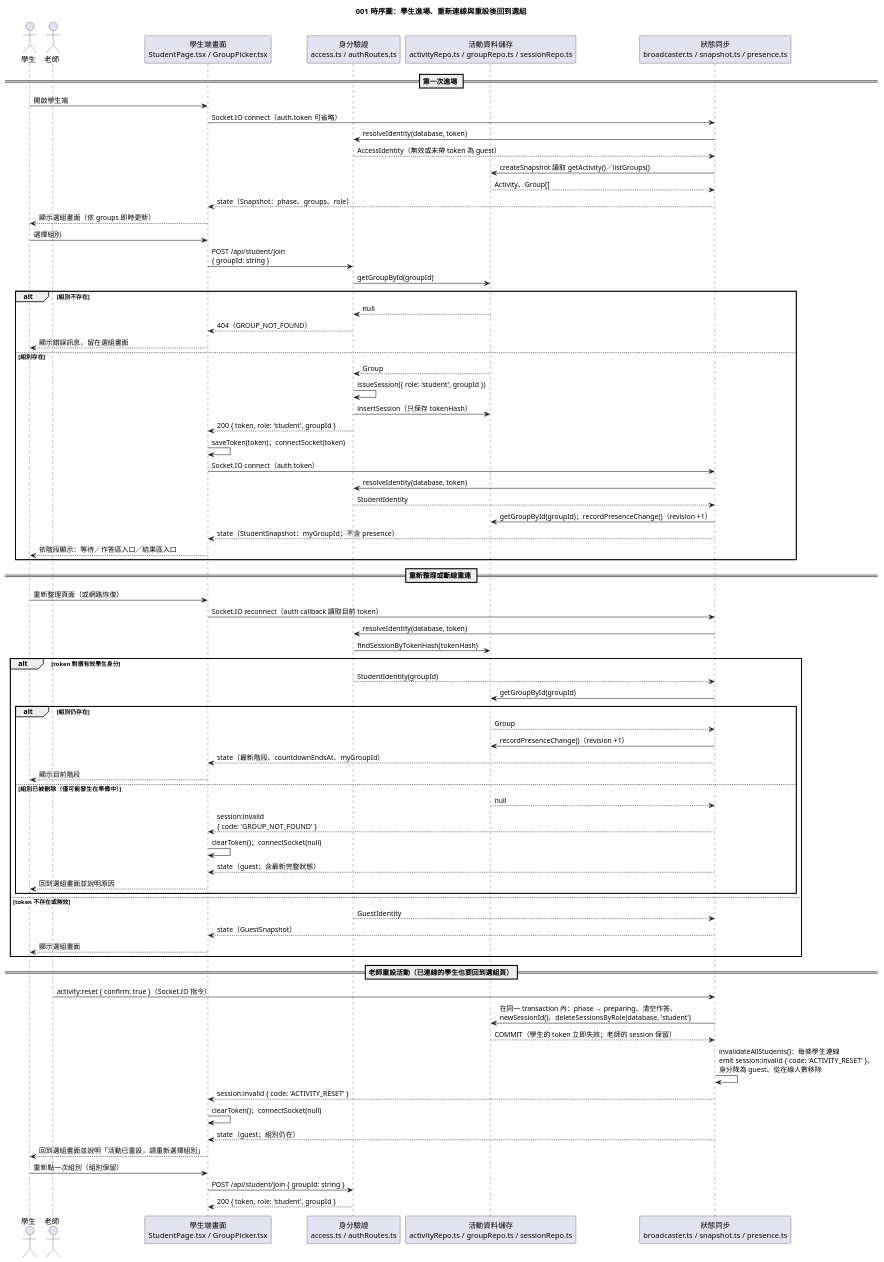
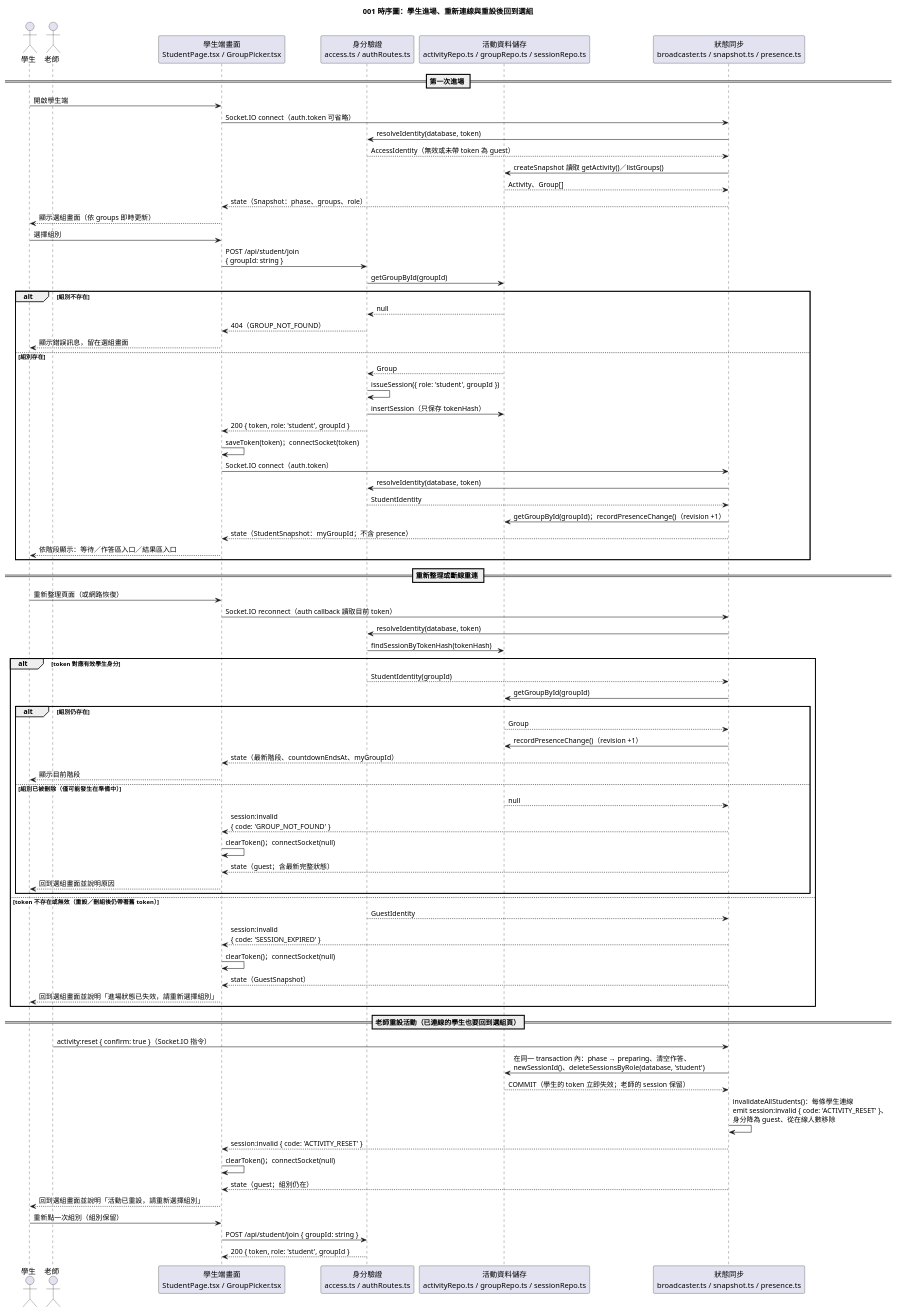
Before and after one commit to Danielweng0902/Answering-System_speckit: the diagram in diagrams/001-activity-session-seq-join.puml, drawn with PlantUML. The commit also changed 16 other files, not shown here.

```diff
--- a/diagrams/001-activity-session-seq-join.puml
+++ b/diagrams/001-activity-session-seq-join.puml
@@ -1,80 +1,82 @@
 @startuml
 title 001 時序圖：學生進場、重新連線與重設後回到選組
 
 actor "學生" as Student
 actor "老師" as Teacher
 participant "學生端畫面\nStudentPage.tsx / GroupPicker.tsx" as U
 participant "身分驗證\naccess.ts / authRoutes.ts" as A
 participant "活動資料儲存\nactivityRepo.ts / groupRepo.ts / sessionRepo.ts" as S
 participant "狀態同步\nbroadcaster.ts / snapshot.ts / presence.ts" as B
 
 == 第一次進場 ==
 Student -> U : 開啟學生端
 U -> B : Socket.IO connect（auth.token 可省略）
 B -> A : resolveIdentity(database, token)
 A --> B : AccessIdentity（無效或未帶 token 為 guest）
 B -> S : createSnapshot 讀取 getActivity()／listGroups()
 S --> B : Activity、Group[]
 B --> U : state（Snapshot：phase、groups、role）
 U --> Student : 顯示選組畫面（依 groups 即時更新）
 
 Student -> U : 選擇組別
 U -> A : POST /api/student/join\n{ groupId: string }
 A -> S : getGroupById(groupId)
 alt 組別不存在
   S --> A : null
   A --> U : 404（GROUP_NOT_FOUND）
   U --> Student : 顯示錯誤訊息，留在選組畫面
 else 組別存在
   S --> A : Group
   A -> A : issueSession({ role: 'student', groupId })
   A -> S : insertSession（只保存 tokenHash）
   A --> U : 200 { token, role: 'student', groupId }
   U -> U : saveToken(token)；connectSocket(token)
   U -> B : Socket.IO connect（auth.token）
   B -> A : resolveIdentity(database, token)
   A --> B : StudentIdentity
   B -> S : getGroupById(groupId)；recordPresenceChange()（revision +1）
   B --> U : state（StudentSnapshot：myGroupId；不含 presence）
   U --> Student : 依階段顯示：等待／作答區入口／結果區入口
 end
 
 == 重新整理或斷線重連 ==
 Student -> U : 重新整理頁面（或網路恢復）
 U -> B : Socket.IO reconnect（auth callback 讀取目前 token）
 B -> A : resolveIdentity(database, token)
 A -> S : findSessionByTokenHash(tokenHash)
 alt token 對應有效學生身分
   A --> B : StudentIdentity(groupId)
   B -> S : getGroupById(groupId)
   alt 組別仍存在
     S --> B : Group
     B -> S : recordPresenceChange()（revision +1）
     B --> U : state（最新階段、countdownEndsAt、myGroupId）
     U --> Student : 顯示目前階段
   else 組別已被刪除（僅可能發生在準備中）
     S --> B : null
     B --> U : session:invalid\n{ code: 'GROUP_NOT_FOUND' }
     U -> U : clearToken()；connectSocket(null)
     B --> U : state（guest；含最新完整狀態）
     U --> Student : 回到選組畫面並說明原因
   end
-else token 不存在或無效
+else token 不存在或無效（重設／刪組後仍帶著舊 token）
   A --> B : GuestIdentity
+  B --> U : session:invalid\n{ code: 'SESSION_EXPIRED' }
+  U -> U : clearToken()；connectSocket(null)
   B --> U : state（GuestSnapshot）
-  U --> Student : 顯示選組畫面
+  U --> Student : 回到選組畫面並說明「進場狀態已失效，請重新選擇組別」
 end
 
 == 老師重設活動（已連線的學生也要回到選組頁）==
 Teacher -> B : activity:reset { confirm: true }（Socket.IO 指令）
 B -> S : 在同一 transaction 內：phase → preparing、清空作答、\nnewSessionId()、deleteSessionsByRole(database, 'student')
 S --> B : COMMIT（學生的 token 立即失效；老師的 session 保留）
 B -> B : invalidateAllStudents()：每條學生連線\nemit session:invalid { code: 'ACTIVITY_RESET' }、\n身分降為 guest、從在線人數移除
 B --> U : session:invalid { code: 'ACTIVITY_RESET' }
 U -> U : clearToken()；connectSocket(null)
 B --> U : state（guest；組別仍在）
 U --> Student : 回到選組畫面並說明「活動已重設，請重新選擇組別」
 Student -> U : 重新點一次組別（組別保留）
 U -> A : POST /api/student/join { groupId: string }
 A --> U : 200 { token, role: 'student', groupId }
 @enduml
```
